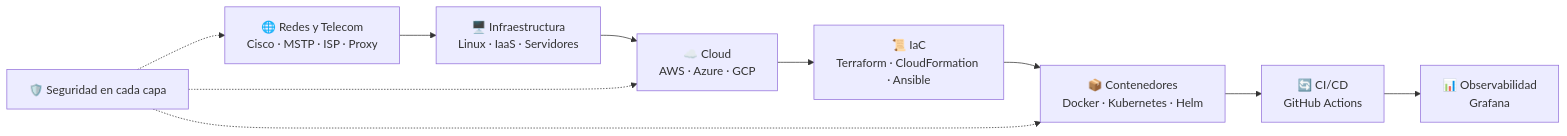
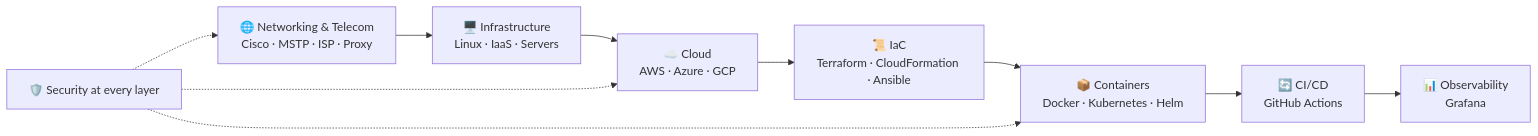
Before and after one commit to boterooyola/boterooyola: the diagram in README.md, drawn with Mermaid. The commit also changed other lines of this file, not shown here.

````diff
--- a/README.md
+++ b/README.md
@@ -52,10 +52,10 @@
 ```mermaid
 flowchart LR
-    A["🌐 Redes y Telecom<br/>Cisco · MSTP · ISP · Proxy"] --> B["🖥️ Infraestructura<br/>Linux · IaaS · Servidores"]
+    A["🌐 Networking & Telecom<br/>Cisco · MSTP · ISP · Proxy"] --> B["🖥️ Infrastructure<br/>Linux · IaaS · Servers"]
     B --> C["☁️ Cloud<br/>AWS · Azure · GCP"]
     C --> D["📜 IaC<br/>Terraform · CloudFormation · Ansible"]
-    D --> E["📦 Contenedores<br/>Docker · Kubernetes · Helm"]
+    D --> E["📦 Containers<br/>Docker · Kubernetes · Helm"]
     E --> F["🔄 CI/CD<br/>GitHub Actions"]
-    F --> G["📊 Observabilidad<br/>Grafana"]
-    S["🛡️ Seguridad en cada capa"] -.-> A & C & E
+    F --> G["📊 Observability<br/>Grafana"]
+    S["🛡️ Security at every layer"] -.-> A & C & E
 ```
````
